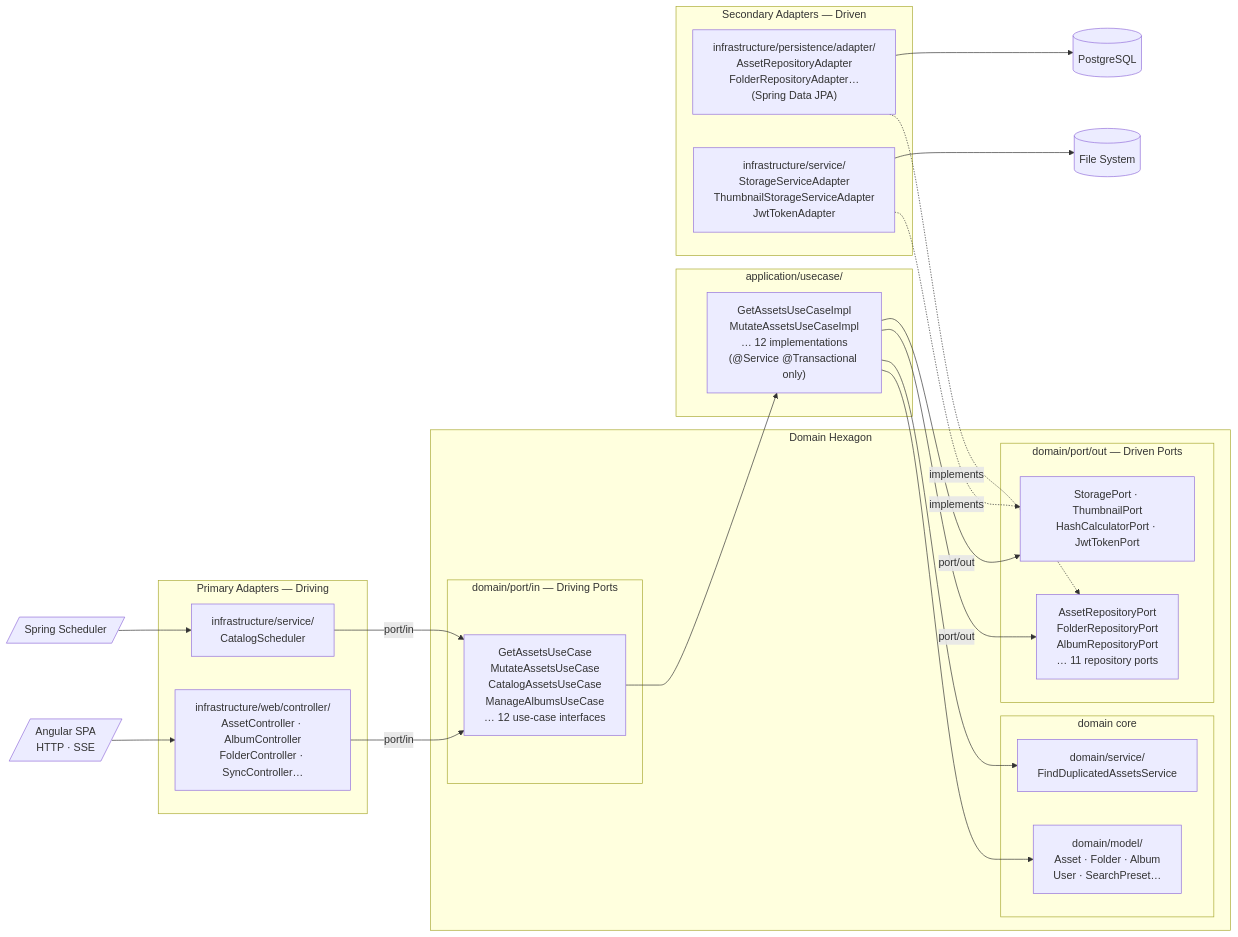
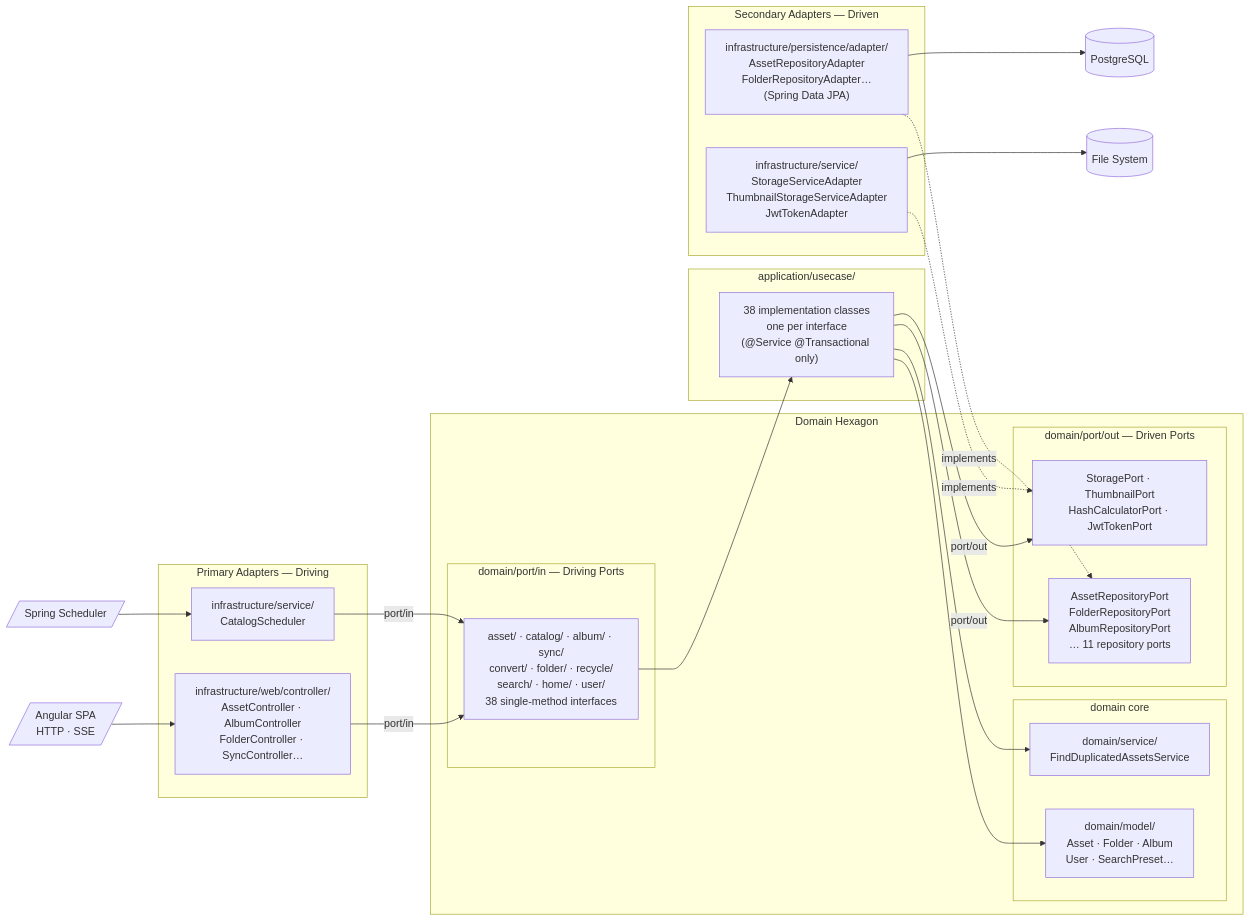
Before and after one commit to jpablodrexler/jp-photo-manager: the second of 6 diagrams in JPPhotoManagerWeb/README.md, drawn with Mermaid. The commit also changed 4 other files, not shown here.

First line of the commit message:
Refine use-case design: one method per interface, one class per interface

````diff
--- a/JPPhotoManagerWeb/README.md
+++ b/JPPhotoManagerWeb/README.md
@@ -108,44 +108,44 @@
 ```mermaid
 graph LR
     subgraph Primary["Primary Adapters — Driving"]
         WEB["infrastructure/web/controller/\nAssetController · AlbumController\nFolderController · SyncController…"]
         SCHED["infrastructure/service/\nCatalogScheduler"]
     end
 
     subgraph Hexagon["Domain Hexagon"]
         subgraph PortIn["domain/port/in — Driving Ports"]
-            UC["GetAssetsUseCase\nMutateAssetsUseCase\nCatalogAssetsUseCase\nManageAlbumsUseCase\n… 12 use-case interfaces"]
+            UC["asset/ · catalog/ · album/ · sync/\nconvert/ · folder/ · recycle/\nsearch/ · home/ · user/\n38 single-method interfaces"]
         end
         subgraph DomainCore["domain core"]
             MODEL["domain/model/\nAsset · Folder · Album\nUser · SearchPreset…"]
             DSVC["domain/service/\nFindDuplicatedAssetsService"]
         end
         subgraph PortOut["domain/port/out — Driven Ports"]
             REPO_P["AssetRepositoryPort\nFolderRepositoryPort\nAlbumRepositoryPort\n… 11 repository ports"]
             SVC_P["StoragePort · ThumbnailPort\nHashCalculatorPort · JwtTokenPort"]
         end
     end
 
     subgraph AppLayer["application/usecase/"]
-        IMPL["GetAssetsUseCaseImpl\nMutateAssetsUseCaseImpl\n… 12 implementations\n(@Service @Transactional only)"]
+        IMPL["38 implementation classes\none per interface\n(@Service @Transactional only)"]
     end
 
     subgraph Secondary["Secondary Adapters — Driven"]
         JPA["infrastructure/persistence/adapter/\nAssetRepositoryAdapter\nFolderRepositoryAdapter…\n(Spring Data JPA)"]
         SRVC["infrastructure/service/\nStorageServiceAdapter\nThumbnailStorageServiceAdapter\nJwtTokenAdapter"]
     end
 
     HTTP[/"Angular SPA\nHTTP · SSE"/] --> WEB
     TIMER[/"Spring Scheduler"/] --> SCHED
     WEB -->|"port/in"| UC
     SCHED -->|"port/in"| UC
     UC --> IMPL
     IMPL --> MODEL
     IMPL --> DSVC
     IMPL -->|"port/out"| REPO_P
     IMPL -->|"port/out"| SVC_P
     JPA -.->|"implements"| REPO_P
     SRVC -.->|"implements"| SVC_P
     JPA --> PG[("PostgreSQL")]
     SRVC --> FS[("File System")]
 ```
````
